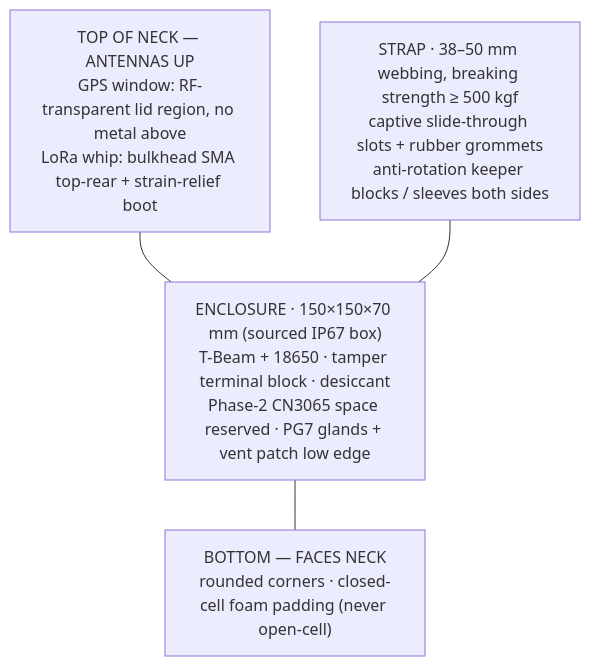
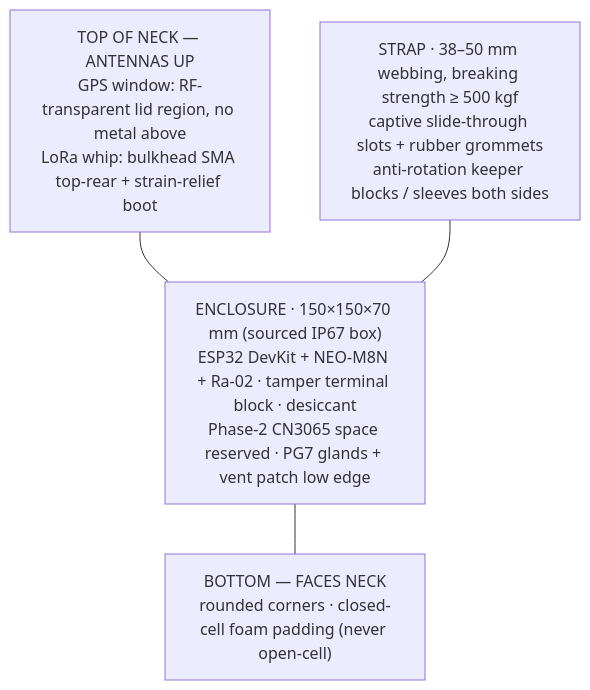
The diagram in docs/ENCLOSURE.md (qppd/smart-collar), drawn with Mermaid before and after one commit. The commit also changed other lines of this file and 14 other files, not shown here.

First line of the commit message:
Hardware migration: Replace T-Beam v2.x with discrete ESP32 DevKit build

````diff
--- a/docs/ENCLOSURE.md
+++ b/docs/ENCLOSURE.md
@@ -60,9 +60,9 @@
 ```mermaid
 flowchart TB
     TOP["TOP OF NECK — ANTENNAS UP<br/>GPS window: RF-transparent lid region, no metal above<br/>LoRa whip: bulkhead SMA top-rear + strain-relief boot"]
-    BOX["ENCLOSURE · 150×150×70 mm (sourced IP67 box)<br/>T-Beam + 18650 · tamper terminal block · desiccant<br/>Phase-2 CN3065 space reserved · PG7 glands + vent patch low edge"]
+    BOX["ENCLOSURE · 150×150×70 mm (sourced IP67 box)<br/>ESP32 DevKit + NEO-M8N + Ra-02 · tamper terminal block · desiccant<br/>Phase-2 CN3065 space reserved · PG7 glands + vent patch low edge"]
     PAD["BOTTOM — FACES NECK<br/>rounded corners · closed-cell foam padding (never open-cell)"]
     TOP --- BOX
     BOX --- PAD
     STRAP["STRAP · 38–50 mm webbing, breaking strength ≥ 500 kgf<br/>captive slide-through slots + rubber grommets<br/>anti-rotation keeper blocks / sleeves both sides"] --- BOX
 ```
````
